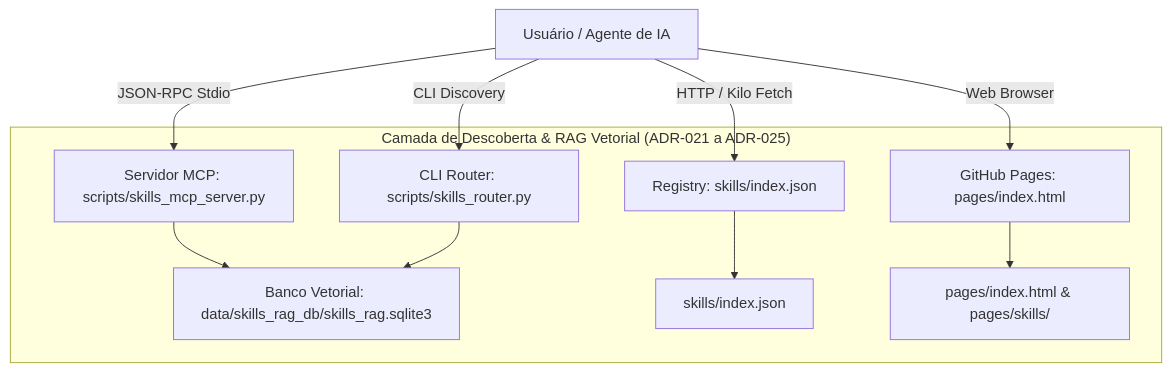
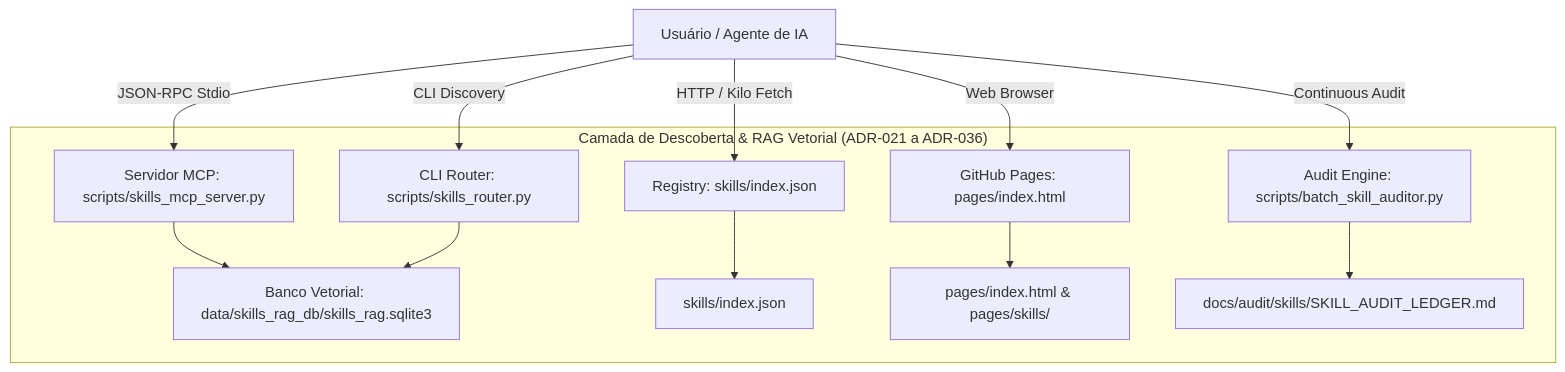
The diagram in README.md (lscheffel/ignite-agents-skills), drawn with Mermaid before and after one commit. The commit also changed other lines of this file and 29 other files, not shown here.

````diff
--- a/README.md
+++ b/README.md
@@ -22,14 +23,16 @@
 ```mermaid
 graph TD
     A[Usuário / Agente de IA] -->|JSON-RPC Stdio| B[Servidor MCP: scripts/skills_mcp_server.py]
     A -->|CLI Discovery| C[CLI Router: scripts/skills_router.py]
     A -->|HTTP / Kilo Fetch| D[Registry: skills/index.json]
     A -->|Web Browser| E[GitHub Pages: pages/index.html]
+    A -->|Continuous Audit| F[Audit Engine: scripts/batch_skill_auditor.py]
 
-    subgraph "Camada de Descoberta & RAG Vetorial (ADR-021 a ADR-025)"
-        B --> F[Banco Vetorial: data/skills_rag_db/skills_rag.sqlite3]
-        C --> F
-        D --> G[skills/index.json]
-        E --> H[pages/index.html & pages/skills/]
+    subgraph "Camada de Descoberta & RAG Vetorial (ADR-021 a ADR-036)"
+        B --> G[Banco Vetorial: data/skills_rag_db/skills_rag.sqlite3]
+        C --> G
+        D --> H[skills/index.json]
+        E --> I[pages/index.html & pages/skills/]
+        F --> J[docs/audit/skills/SKILL_AUDIT_LEDGER.md]
     end
 ```
````
